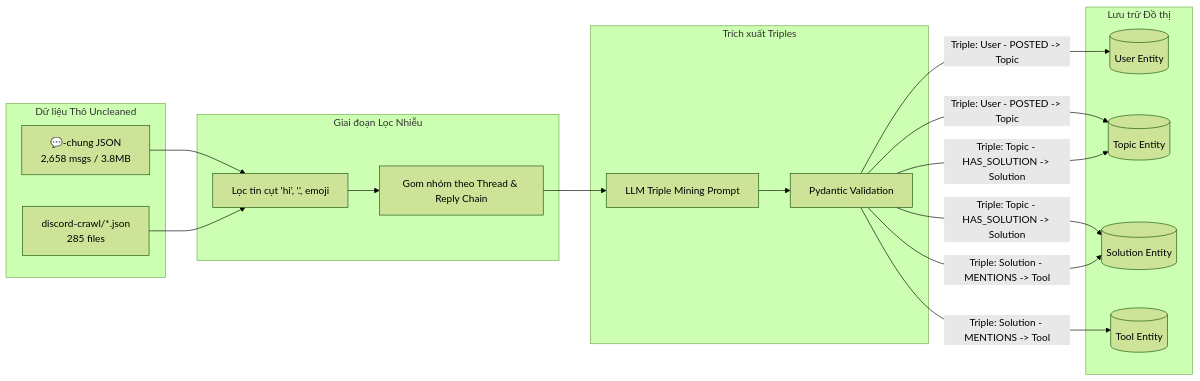
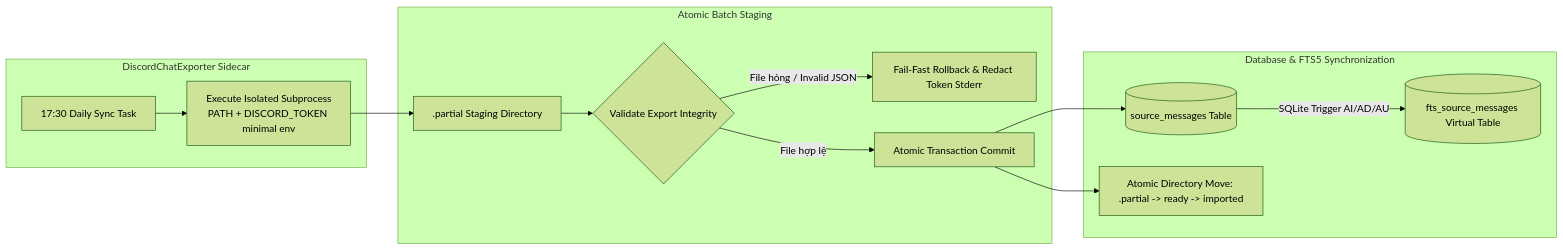
Before and after one commit to Muscar1a/Batch03-K4-AI-Product-Hackathon: the fourth of 4 diagrams in docs/diagrams.md, drawn with Mermaid (forest theme). The commit also changed other lines of this file, not shown here.

Commit message:
docs: update system diagrams in docs/diagrams.md to match current LangGraph StateGraph, Atomic Ingestion, and Hybrid FTS5 architecture

````diff
--- a/docs/diagrams.md
+++ b/docs/diagrams.md
@@ -129,29 +112,19 @@
 ```mermaid
 flowchart LR
-    subgraph Raw_Files [Dữ liệu Thô Uncleaned]
-        F1[💬-chung JSON<br/>2,658 msgs / 3.8MB]
-        F2[discord-crawl/*.json<br/>285 files]
+    subgraph DCE_Sidecar [DiscordChatExporter Sidecar]
+        Scheduler[17:30 Daily Sync Task] --> DCECmd[Execute Isolated Subprocess<br/>PATH + DISCORD_TOKEN minimal env]
     end
 
-    subgraph Cleaning_Stage [Giai đoạn Lọc Nhiễu]
-        C1[Lọc tin cụt 'hi', '.', emoji]
-        C2[Gom nhóm theo Thread & Reply Chain]
+    subgraph Atomic_Staging [Atomic Batch Staging]
+        DCECmd --> Staging[.partial Staging Directory]
+        Staging --> Validation{Validate Export Integrity}
+        Validation -->|File hỏng / Invalid JSON| FailFast[Fail-Fast Rollback & Redact Token Stderr]
+        Validation -->|File hợp lệ| BatchCommit[Atomic Transaction Commit]
     end
 
-    subgraph Mining_Stage [Trích xuất Triples]
-        E1[LLM Triple Mining Prompt]
-        E2[Pydantic Validation]
+    subgraph Database_Sync [Database & FTS5 Synchronization]
+        BatchCommit --> SourceMsgs[(source_messages Table)]
+        SourceMsgs -->|SQLite Trigger AI/AD/AU| FTS5[(fts_source_messages Virtual Table)]
+        BatchCommit --> DirectoryRename[Atomic Directory Move: .partial -> ready -> imported]
     end
-
-    subgraph Graph_Storage [Lưu trữ Đồ thị]
-        G1[(User Entity)]
-        G2[(Topic Entity)]
-        G3[(Solution Entity)]
-        G4[(Tool Entity)]
-    end
-
-    F1 & F2 --> C1 --> C2 --> E1 --> E2
-    E2 -->|Triple: User - POSTED -> Topic| G1 & G2
-    E2 -->|Triple: Topic - HAS_SOLUTION -> Solution| G2 & G3
-    E2 -->|Triple: Solution - MENTIONS -> Tool| G3 & G4
 ```
````
